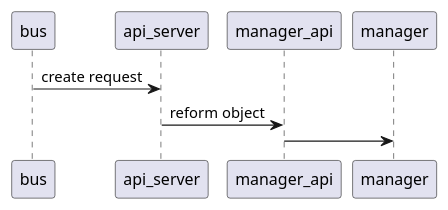
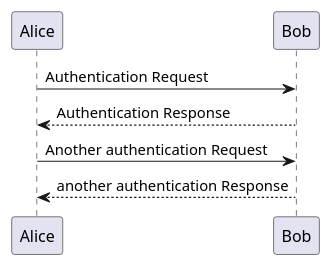
Before and after one commit to Faione/note: the diagram in WorkNote/Agent设计v2/Agent重构.md, drawn with PlantUML. The commit also changed 2 other files, not shown here.

```diff
--- a/WorkNote/Agent设计v2/Agent重构.md
+++ b/WorkNote/Agent设计v2/Agent重构.md
@@ -43,5 +43,6 @@
 @startuml
-bus -> api_server: create request
-api_server -> manager_api: reform object
-manager_api -> manager: 
+Alice -> Bob: Authentication Request
+Bob --> Alice: Authentication Response
+Alice -> Bob: Another authentication Request
+Alice <-- Bob: another authentication Response
 @enduml
```
